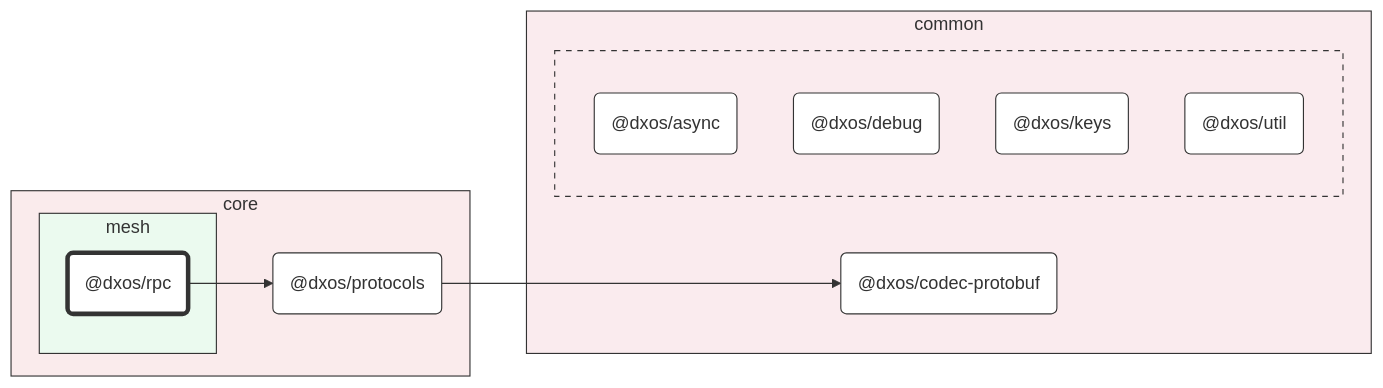
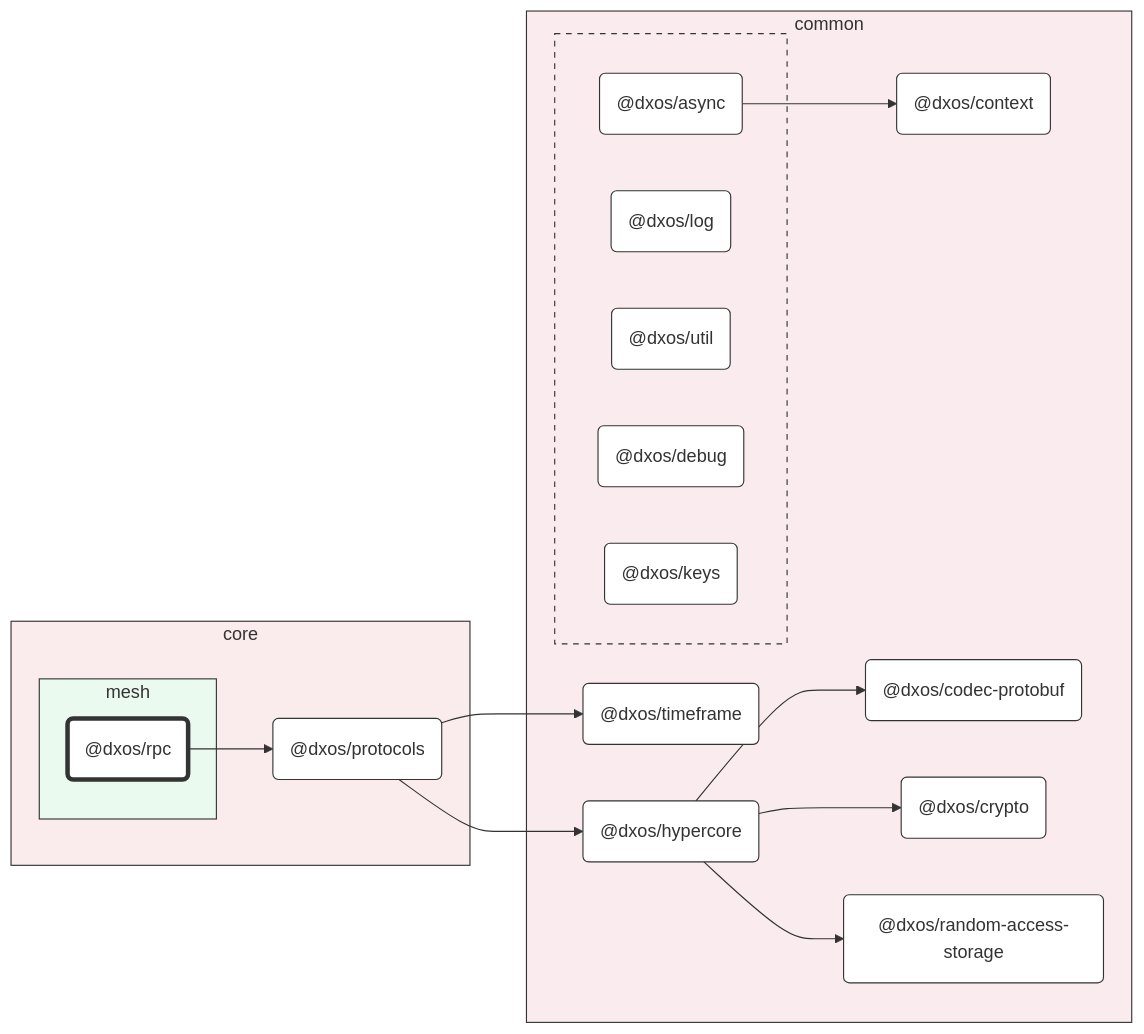
The diagram in packages/core/mesh/rpc/docs/README.md (dxos/dxos), drawn with Mermaid before and after one commit. The commit also changed other lines of this file and 95 other files, not shown here.

Commit message:
Class diagrams.

````diff
--- a/packages/core/mesh/rpc/docs/README.md
+++ b/packages/core/mesh/rpc/docs/README.md
@@ -7,46 +7,63 @@
 ```mermaid
 %%{ init: {'flowchart':{'curve':'basis'}} }%%
 
 flowchart LR
 
 %% Classes
 classDef def fill:#fff,stroke:#333,stroke-width:1px
 classDef root fill:#fff,stroke:#333,stroke-width:4px
 
 %% Nodes
 
 subgraph core [core]
   style core fill:#faebec,stroke:#333
   dxos/protocols("@dxos/protocols"):::def
   click dxos/protocols "dxos/dxos/tree/main/packages/core/protocols/docs"
 
   subgraph mesh [mesh]
     style mesh fill:#ebfaef,stroke:#333
     dxos/rpc("@dxos/rpc"):::root
     click dxos/rpc "dxos/dxos/tree/main/packages/core/mesh/rpc/docs"
   end
 end
 
 subgraph common [common]
   style common fill:#faebee,stroke:#333
+  dxos/context("@dxos/context"):::def
+  click dxos/context "dxos/dxos/tree/main/packages/common/context/docs"
   dxos/codec-protobuf("@dxos/codec-protobuf"):::def
   click dxos/codec-protobuf "dxos/dxos/tree/main/packages/common/codec-protobuf/docs"
+  dxos/hypercore("@dxos/hypercore"):::def
+  click dxos/hypercore "dxos/dxos/tree/main/packages/common/hypercore/docs"
+  dxos/crypto("@dxos/crypto"):::def
+  click dxos/crypto "dxos/dxos/tree/main/packages/common/crypto/docs"
+  dxos/random-access-storage("@dxos/random-access-storage"):::def
+  click dxos/random-access-storage "dxos/dxos/tree/main/packages/common/random-access-storage/docs"
+  dxos/timeframe("@dxos/timeframe"):::def
+  click dxos/timeframe "dxos/dxos/tree/main/packages/common/timeframe/docs"
 
   subgraph _ [ ]
     style _ fill:#faebee,stroke:#333,stroke-dasharray:5 5
     dxos/async("@dxos/async"):::def
     click dxos/async "dxos/dxos/tree/main/packages/common/async/docs"
+    dxos/log("@dxos/log"):::def
+    click dxos/log "dxos/dxos/tree/main/packages/common/log/docs"
+    dxos/util("@dxos/util"):::def
+    click dxos/util "dxos/dxos/tree/main/packages/common/util/docs"
     dxos/debug("@dxos/debug"):::def
     click dxos/debug "dxos/dxos/tree/main/packages/common/debug/docs"
     dxos/keys("@dxos/keys"):::def
     click dxos/keys "dxos/dxos/tree/main/packages/common/keys/docs"
-    dxos/util("@dxos/util"):::def
-    click dxos/util "dxos/dxos/tree/main/packages/common/util/docs"
   end
 end
 
 %% Links
 linkStyle default stroke:#333,stroke-width:1px
+dxos/async --> dxos/context
 dxos/rpc --> dxos/protocols
-dxos/protocols --> dxos/codec-protobuf
+dxos/protocols --> dxos/hypercore
+dxos/hypercore --> dxos/codec-protobuf
+dxos/hypercore --> dxos/crypto
+dxos/hypercore --> dxos/random-access-storage
+dxos/protocols --> dxos/timeframe
 ```
````
